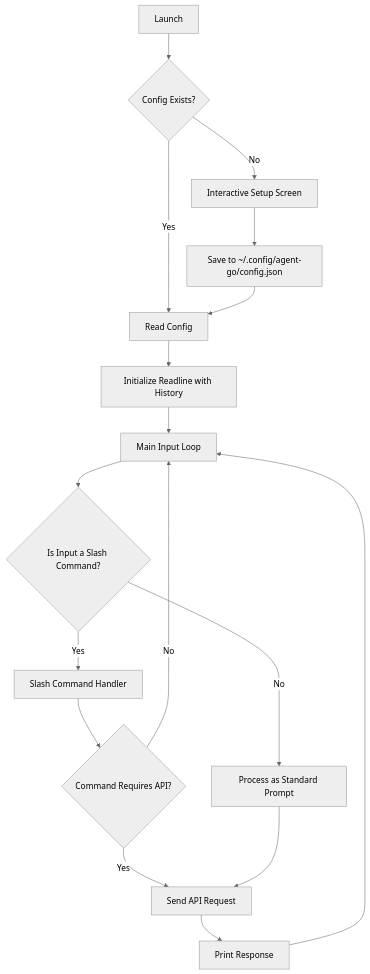
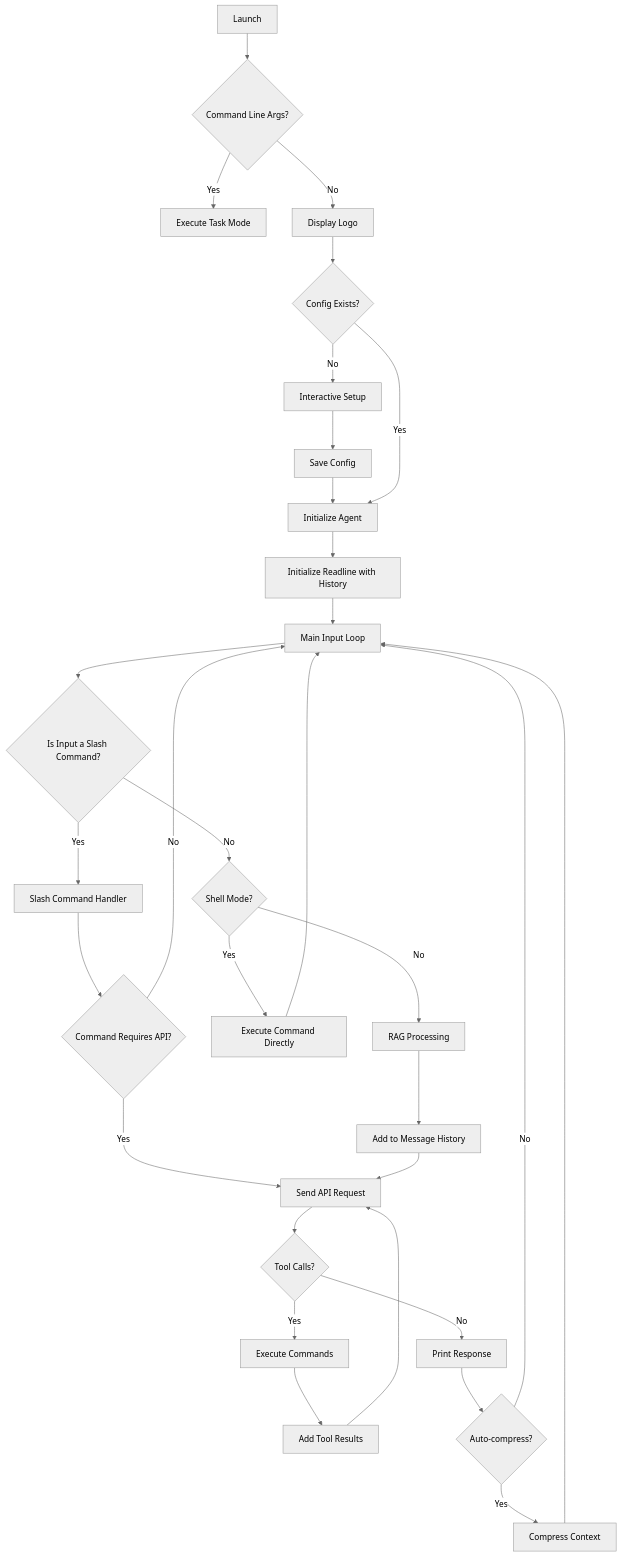
The diagram in docs/architecture.md (finettt/agent-go), drawn with Mermaid (neutral theme) before and after one commit. The commit also changed other lines of this file and 7 other files, not shown here.

````diff
--- a/docs/architecture.md
+++ b/docs/architecture.md
@@ -11,19 +11,33 @@
 ```mermaid
 graph TD
-    A[Launch] --> B{Config Exists?};
-    B -- No --> C[Interactive Setup Screen];
-    C --> D[Save to ~/.config/agent-go/config.json];
-    B -- Yes --> E[Read Config];
-    D --> E;
-    E --> F[Initialize Readline with History];
-    F --> G[Main Input Loop];
-    G --> H{Is Input a Slash Command?};
-    H -- Yes --> I[Slash Command Handler];
-    I --> J{Command Requires API?};
-    J -- Yes --> K[Send API Request];
-    J -- No --> G;
-    H -- No --> L[Process as Standard Prompt];
-    L --> K;
-    K --> M[Print Response];
-    M --> G;
+    A[Launch] --> B{Command Line Args?};
+    B -- Yes --> C[Execute Task Mode];
+    B -- No --> D[Display Logo];
+    D --> E{Config Exists?};
+    E -- No --> F[Interactive Setup];
+    F --> G[Save Config];
+    G --> H[Initialize Agent];
+    E -- Yes --> H;
+    H --> I[Initialize Readline with History];
+    I --> J[Main Input Loop];
+    J --> K{Is Input a Slash Command?};
+    K -- Yes --> L[Slash Command Handler];
+    L --> M{Command Requires API?};
+    M -- Yes --> N[Send API Request];
+    M -- No --> J;
+    K -- No --> O{Shell Mode?};
+    O -- Yes --> P[Execute Command Directly];
+    P --> J;
+    O -- No --> Q[RAG Processing];
+    Q --> R[Add to Message History];
+    R --> N;
+    N --> S{Tool Calls?};
+    S -- Yes --> T[Execute Commands];
+    T --> U[Add Tool Results];
+    U --> N;
+    S -- No --> V[Print Response];
+    V --> W{Auto-compress?};
+    W -- Yes --> X[Compress Context];
+    X --> J;
+    W -- No --> J;
 ```
````
